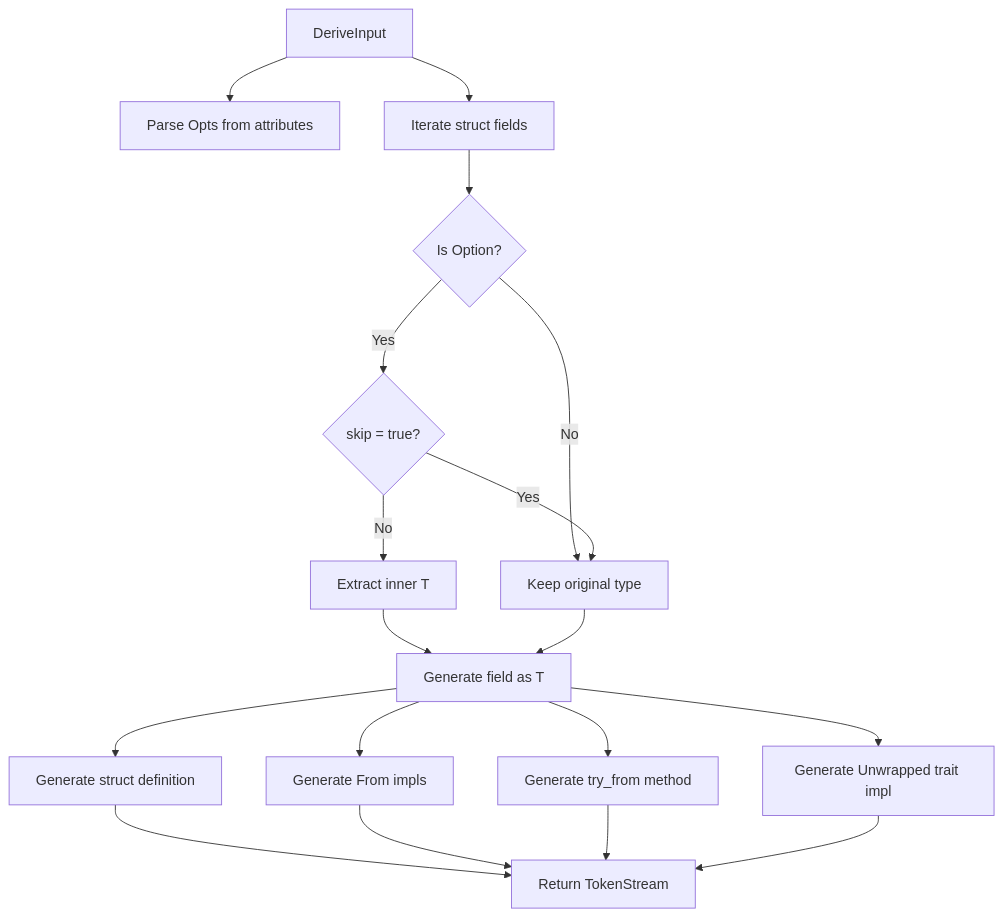
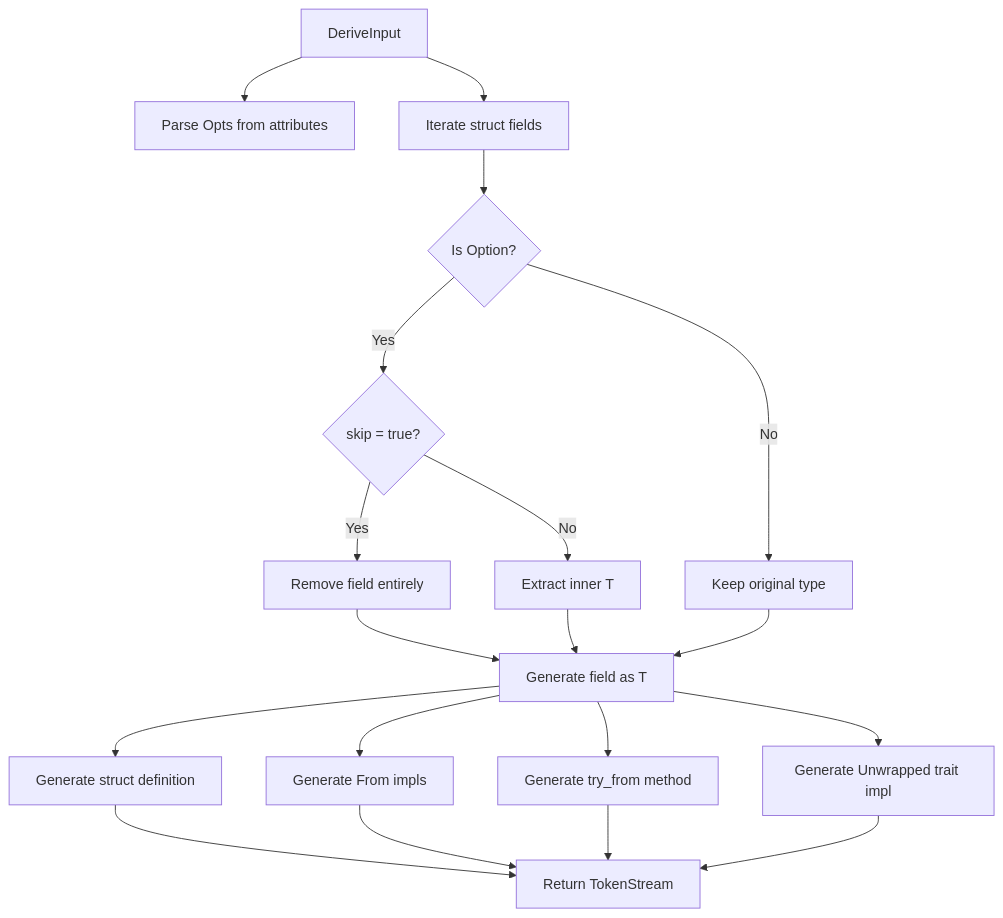
The diagram in crates/unwrapped-core/docs/ARCHITECTURE.md (stayhydated/unwrapped), drawn with Mermaid before and after one commit. The commit also changed other lines of this file and 7 other files, not shown here.

````diff
--- a/crates/unwrapped-core/docs/ARCHITECTURE.md
+++ b/crates/unwrapped-core/docs/ARCHITECTURE.md
@@ -43,20 +43,21 @@
 ```mermaid
 graph TD
     A[DeriveInput] --> B[Parse Opts from attributes]
     A --> C[Iterate struct fields]
     C --> D{Is Option<T>?}
     D -->|Yes| E{skip = true?}
     D -->|No| F[Keep original type]
-    E -->|Yes| F
+    E -->|Yes| R[Remove field entirely]
     E -->|No| G[Extract inner T]
     G --> H[Generate field as T]
     F --> H
+    R --> H
     H --> I[Generate struct definition]
     H --> J[Generate From impls]
     H --> K[Generate try_from method]
     H --> L[Generate Unwrapped trait impl]
     I --> M[Return TokenStream]
     J --> M
     K --> M
     L --> M
 ```
````
